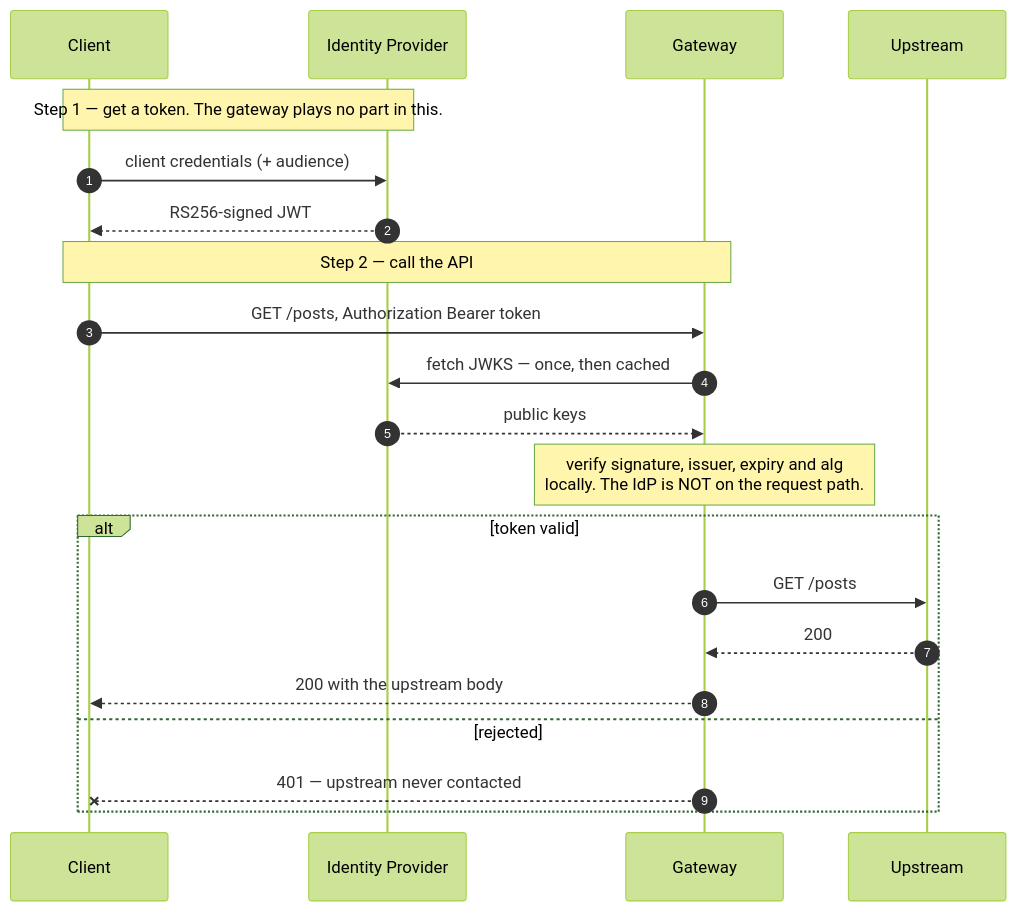
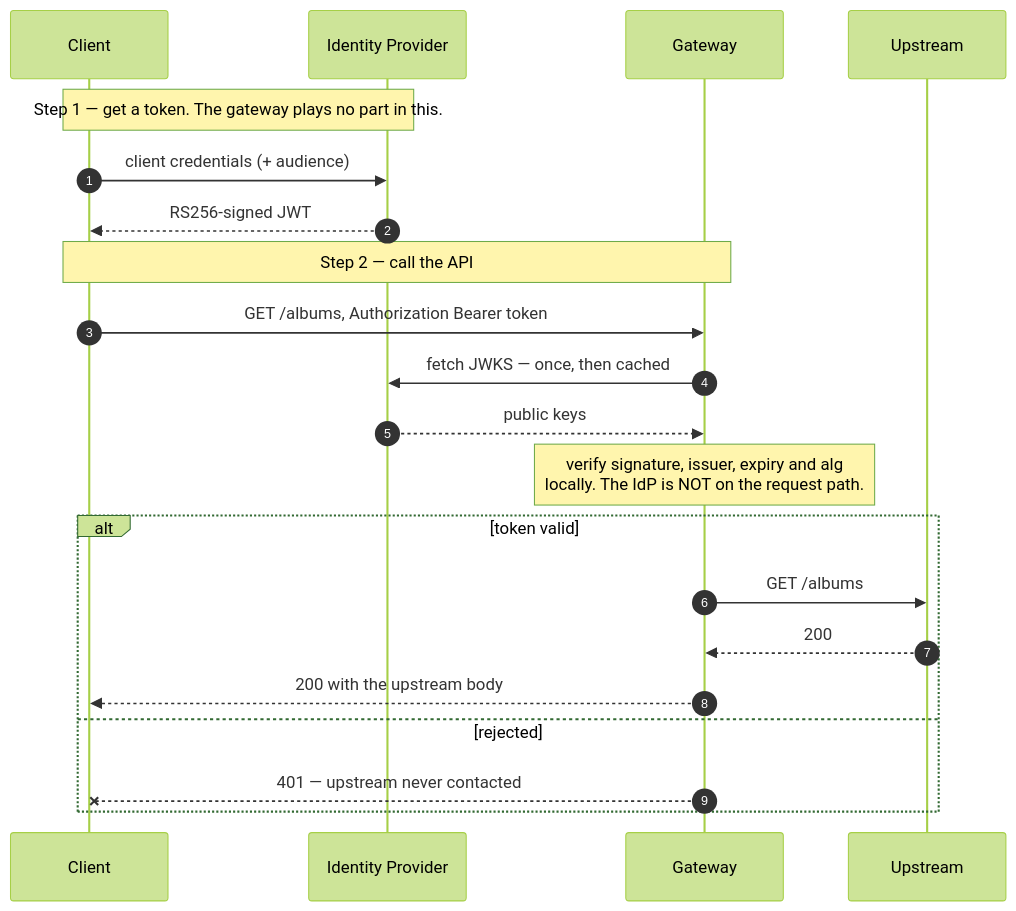
Before and after one commit to digitalapicraft/api-gateway-solutions: the second of 2 diagrams in solutions/05-okta-jwt/README.md, drawn with Mermaid (forest theme). The commit also changed other lines of this file and 33 other files, not shown here.

````diff
--- a/solutions/05-okta-jwt/README.md
+++ b/solutions/05-okta-jwt/README.md
@@ -97,26 +117,26 @@
 ```mermaid
 sequenceDiagram
     autonumber
     participant C as Client
     participant IDP as Identity Provider
     participant GW as Gateway
     participant UP as Upstream
 
     Note over C,IDP: Step 1 — get a token. The gateway plays no part in this.
     C->>IDP: client credentials (+ audience)
     IDP-->>C: RS256-signed JWT
 
     Note over C,GW: Step 2 — call the API
-    C->>GW: GET /posts, Authorization Bearer token
+    C->>GW: GET /albums, Authorization Bearer token
     GW->>IDP: fetch JWKS — once, then cached
     IDP-->>GW: public keys
     Note over GW: verify signature, issuer, expiry and alg<br/>locally. The IdP is NOT on the request path.
 
     alt token valid
-        GW->>UP: GET /posts
+        GW->>UP: GET /albums
         UP-->>GW: 200
         GW-->>C: 200 with the upstream body
     else rejected
         GW--xC: 401 — upstream never contacted
     end
 ```
````
